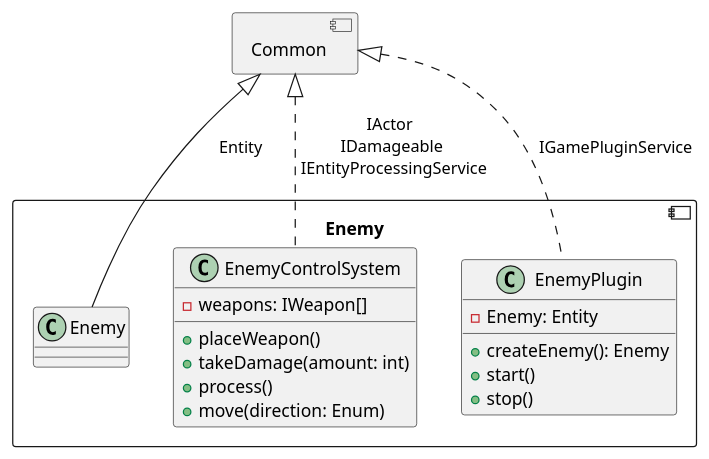
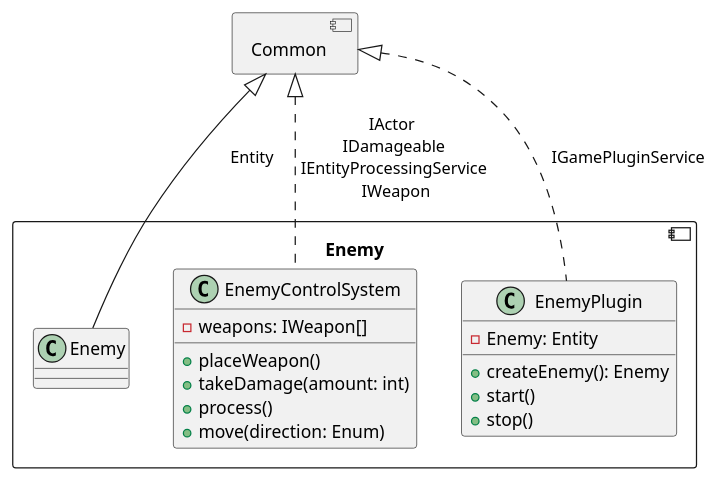
The diagram in Documentation/enemy_design.puml (TidosDK/boom-battle), drawn with PlantUML before and after one commit. The commit also changed 1 other file, not shown here.

Commit message:
Update p & e design diagrams: implement IWeapon

```diff
--- a/Documentation/enemy_design.puml
+++ b/Documentation/enemy_design.puml
@@ -1,32 +1,32 @@
 @startuml
 component Common {
 }
 
 component Enemy {
     class Enemy {
     }
 
     class EnemyControlSystem {
     - weapons: IWeapon[]
     + placeWeapon()
     + takeDamage(amount: int)
     + process()
     + move(direction: Enum)
     }
 
     class EnemyPlugin {
     - Enemy: Entity
     + createEnemy(): Enemy
     + start()
     + stop()
     }
 
     skinparam SequenceMessageAlign center
     Common <|-- Enemy.Enemy: Entity
-    Common <|.. Enemy.EnemyControlSystem: IActor \n IDamageable \n IEntityProcessingService
+    Common <|.. Enemy.EnemyControlSystem: IActor \n IDamageable \n IEntityProcessingService \n IWeapon
     Common <|.. Enemy.EnemyPlugin: IGamePluginService
 }
 
 
 
 @enduml
```
